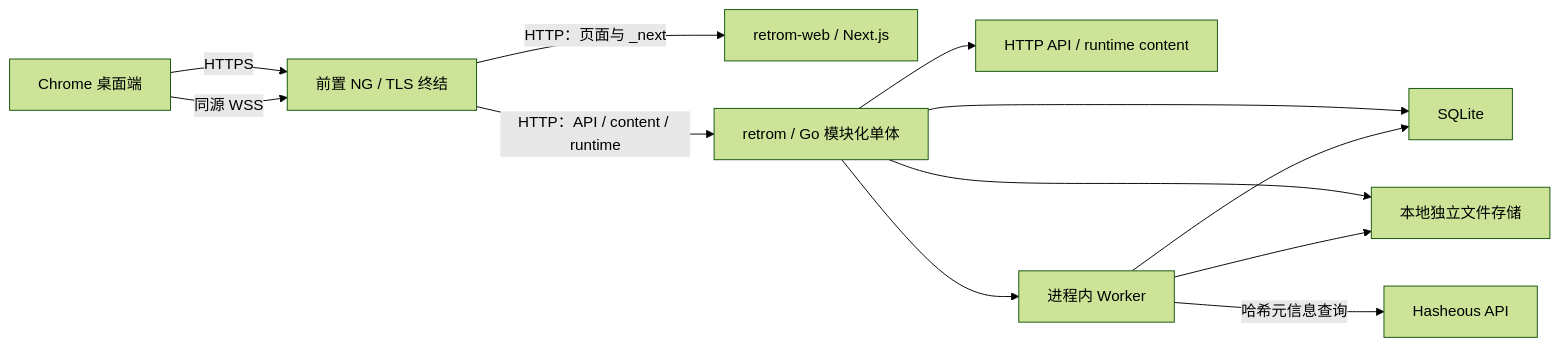
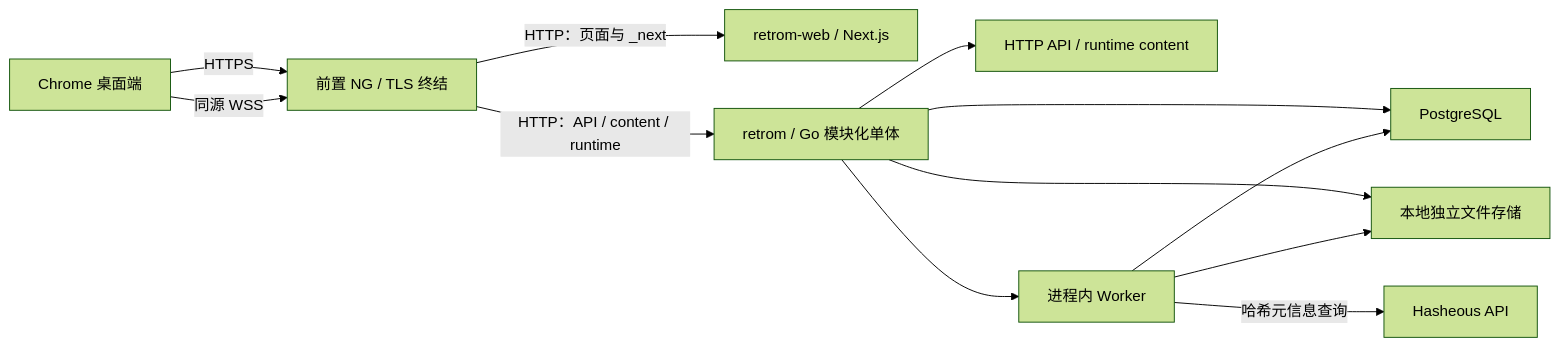
Before and after one commit to retrom-project/retrom: the diagram in docs/backend-api-and-operations.md, drawn with Mermaid (forest theme). The commit also changed other lines of this file and 614 other files, not shown here.

Commit message:
refactor!: replace SQLite with PostgreSQL and manage development databases

```diff
--- a/docs/backend-api-and-operations.md
+++ b/docs/backend-api-and-operations.md
@@ -17,14 +17,14 @@
 ~~~mermaid
 flowchart LR
     Chrome["Chrome 桌面端"] -->|HTTPS| NG["前置 NG / TLS 终结"]
     NG -->|HTTP：页面与 _next| Web["retrom-web / Next.js"]
     NG -->|HTTP：API / content / runtime| Go["retrom / Go 模块化单体"]
     Chrome -->|同源 WSS| NG
     Go --> API["HTTP API / runtime content"]
     Go --> Worker["进程内 Worker"]
-    Go --> DB["SQLite"]
+    Go --> DB["PostgreSQL"]
     Go --> 独立文件存储["本地独立文件存储"]
     Worker --> DB
     Worker --> 独立文件存储
     Worker -->|哈希元信息查询| Hasheous["Hasheous API"]
 ~~~
```
